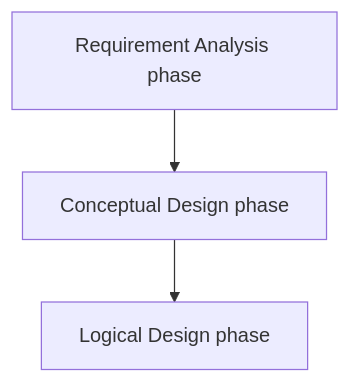
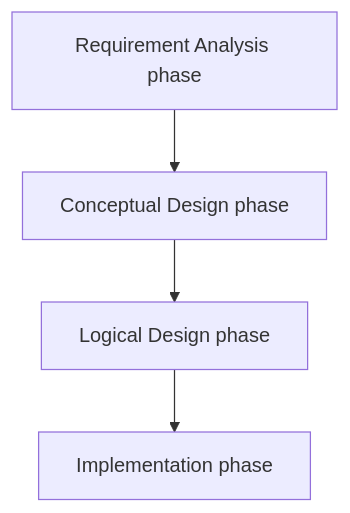
The diagram in GATE/DatabaseManagementSystem/Relational-Model-and-Normalization/Introduction to DBMS.md (supremeimposter/My-Vault), drawn with Mermaid before and after one commit. The commit also changed other lines of this file and 3 other files, not shown here.

````diff
--- a/GATE/DatabaseManagementSystem/Relational-Model-and-Normalization/Introduction to DBMS.md
+++ b/GATE/DatabaseManagementSystem/Relational-Model-and-Normalization/Introduction to DBMS.md
@@ -28,5 +49,6 @@
 ```mermaid
 flowchart TD
 	A[Requirement Analysis phase] --> B[Conceptual Design phase]
 	B --> C[Logical Design phase]
+	C --> D[Implementation phase]
 ```
````
